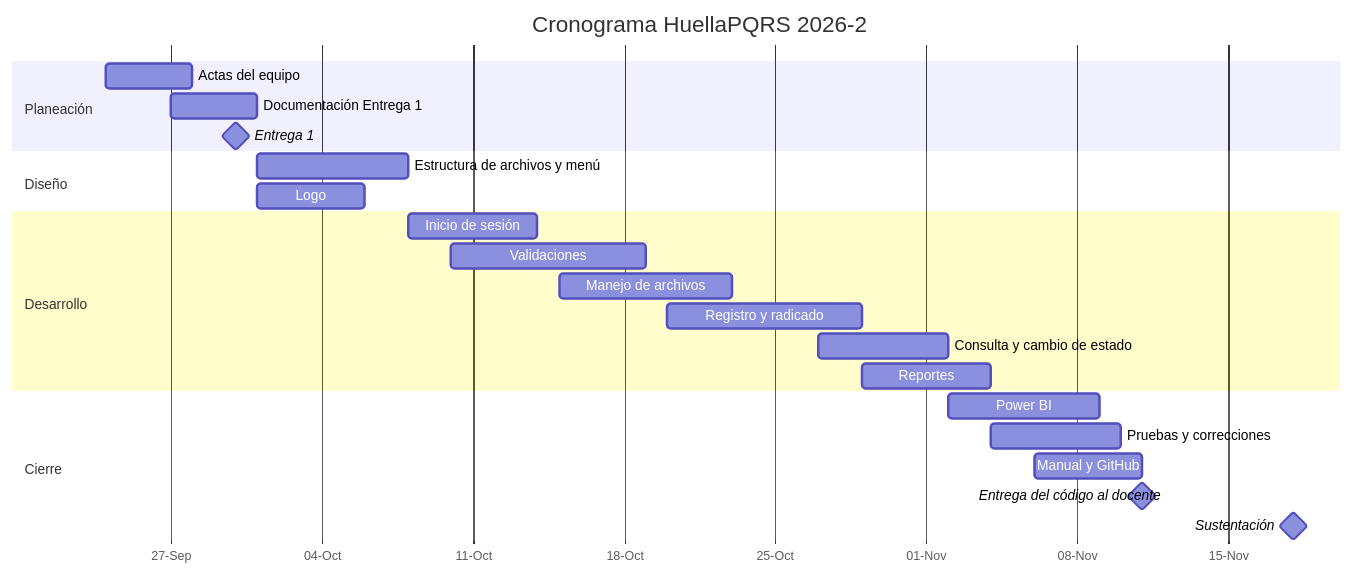
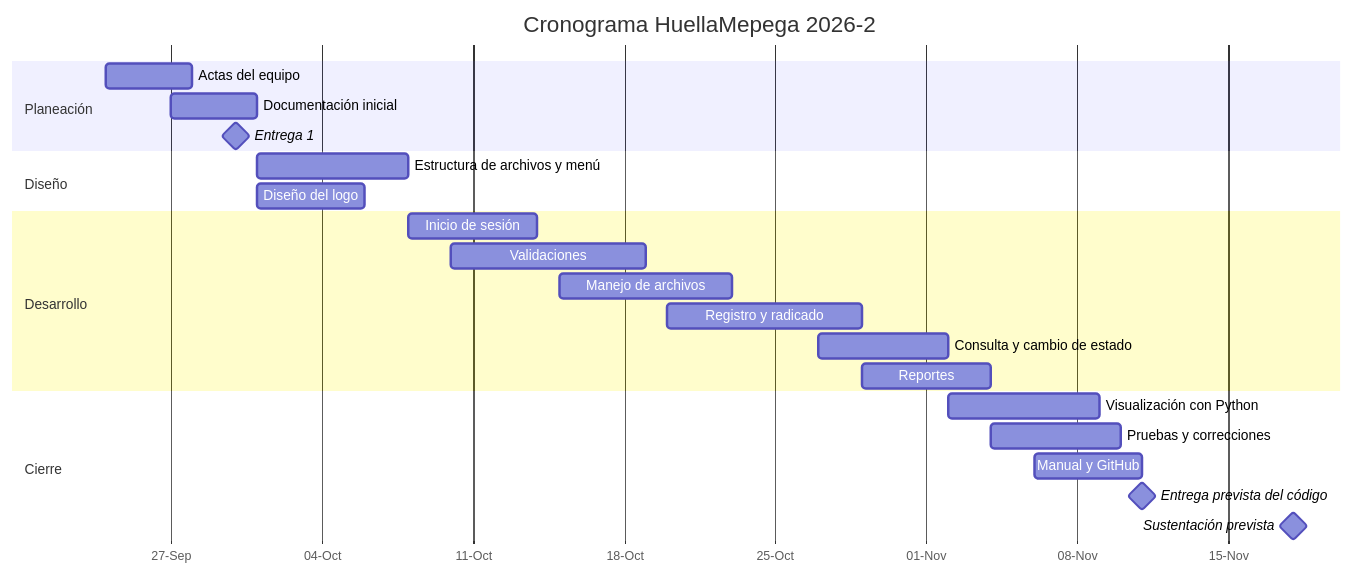
One commit to MariACEVEDO-crypto/HuellaPQRS changed the diagram in README.md. Above: the diagram before and after it, drawn with Mermaid. The commit also changed other lines of this file and 57 other files, not shown here.

Commit message:
Entrega 2: version definitiva de HuellaMepega v1.0.0

````diff
--- a/README.md
+++ b/README.md
@@ -192,30 +242,30 @@
 ```mermaid
 gantt
-    title Cronograma HuellaPQRS 2026-2
-    dateFormat  YYYY-MM-DD
-    axisFormat  %d-%b
+    title Cronograma HuellaMepega 2026-2
+    dateFormat YYYY-MM-DD
+    axisFormat %d-%b
 
     section Planeación
     Actas del equipo              :a1, 2026-09-24, 4d
-    Documentación Entrega 1       :a2, 2026-09-27, 4d
+    Documentación inicial         :a2, 2026-09-27, 4d
     Entrega 1                     :milestone, m1, 2026-09-30, 0d
 
     section Diseño
     Estructura de archivos y menú :b1, 2026-10-01, 7d
-    Logo                          :b2, 2026-10-01, 5d
+    Diseño del logo               :b2, 2026-10-01, 5d
 
     section Desarrollo
     Inicio de sesión              :c1, 2026-10-08, 6d
     Validaciones                  :c2, 2026-10-10, 9d
     Manejo de archivos            :c3, 2026-10-15, 8d
     Registro y radicado           :c4, 2026-10-20, 9d
     Consulta y cambio de estado   :c5, 2026-10-27, 6d
     Reportes                      :c6, 2026-10-29, 6d
 
     section Cierre
-    Power BI                      :d1, 2026-11-02, 7d
+    Visualización con Python      :d1, 2026-11-02, 7d
     Pruebas y correcciones        :d2, 2026-11-04, 6d
     Manual y GitHub               :d3, 2026-11-06, 5d
-    Entrega del código al docente :milestone, m2, 2026-11-11, 0d
-    Sustentación                  :milestone, m3, 2026-11-18, 0d
+    Entrega prevista del código   :milestone, m2, 2026-11-11, 0d
+    Sustentación prevista         :milestone, m3, 2026-11-18, 0d
 ```
````
